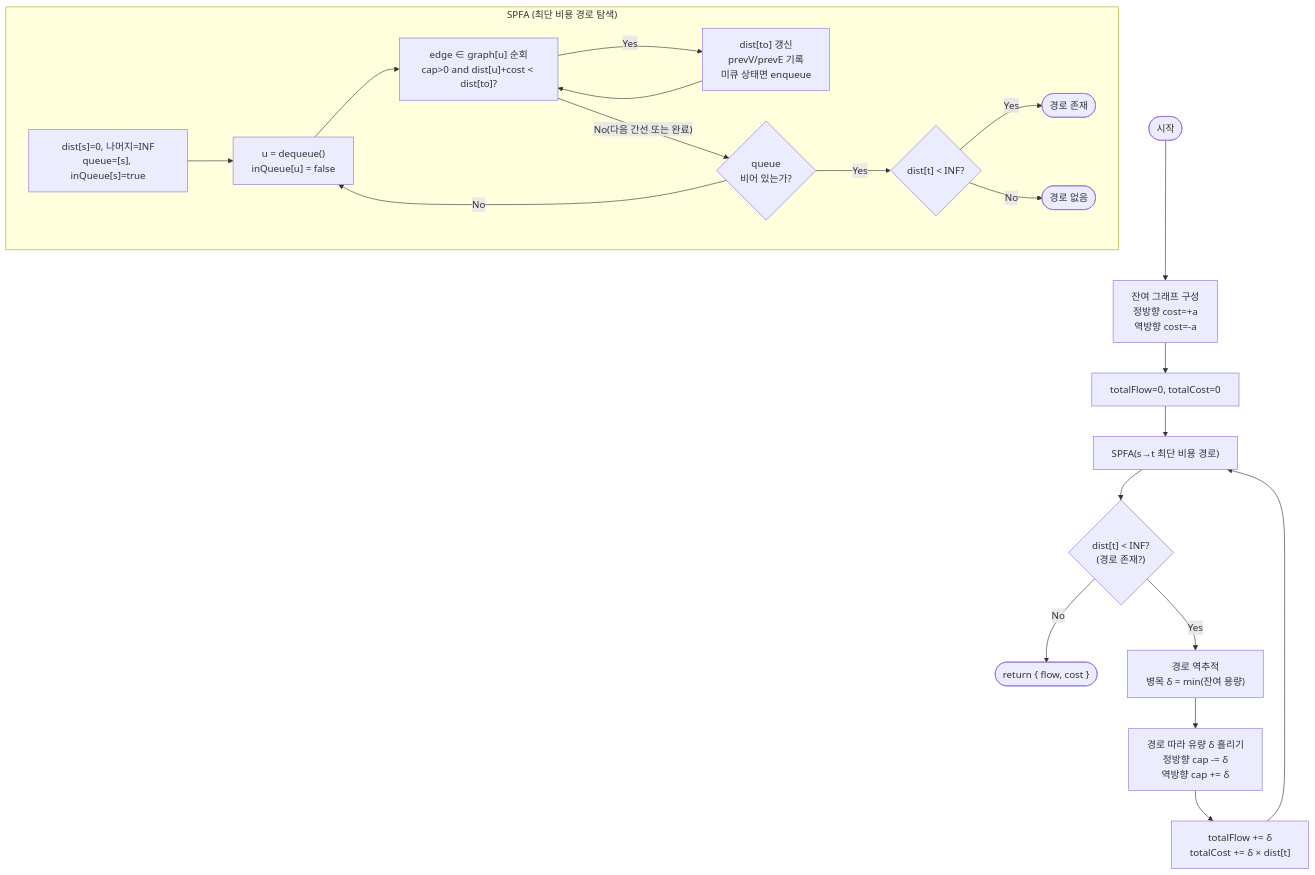
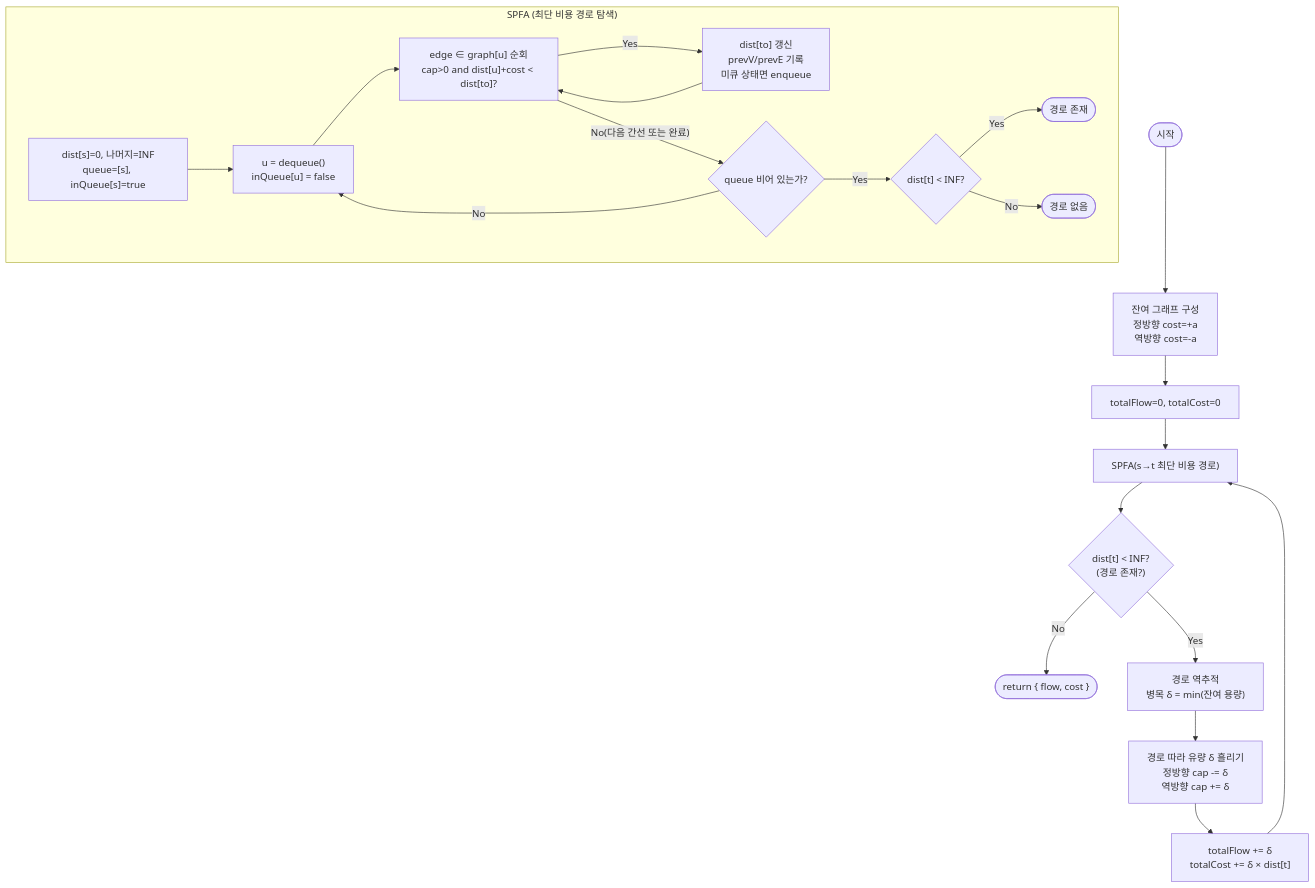
The diagram in src/algorithms/graph-flow/minCostMaxFlow/minCostMaxFlow-guide.mdx (centurio1987/grow-up-programming), drawn with Mermaid before and after one commit. The commit also changed other lines of this file and 21 other files, not shown here.

First line of the commit message:
ORD-004 재생성[graph-flow]: 7종 신규 재집필 승격(v2.0.0, 게이트 PASS)

````diff
--- a/src/algorithms/graph-flow/minCostMaxFlow/minCostMaxFlow-guide.mdx
+++ b/src/algorithms/graph-flow/minCostMaxFlow/minCostMaxFlow-guide.mdx
@@ -354,25 +500,25 @@
 ```mermaid
 flowchart TD
-    A([시작]) --> B["잔여 그래프 구성\n정방향 cost=+a\n역방향 cost=-a"]
+    A([시작]) --> B["잔여 그래프 구성<br/>정방향 cost=+a<br/>역방향 cost=-a"]
     B --> C["totalFlow=0, totalCost=0"]
     C --> D["SPFA(s→t 최단 비용 경로)"]
-    D --> E{"dist[t] < INF?\n(경로 존재?)"}
+    D --> E{"dist[t] < INF?<br/>(경로 존재?)"}
     E -- No --> Z(["return { flow, cost }"])
-    E -- Yes --> F["경로 역추적\n병목 δ = min(잔여 용량)"]
-    F --> G["경로 따라 유량 δ 흘리기\n정방향 cap -= δ\n역방향 cap += δ"]
-    G --> H["totalFlow += δ\ntotalCost += δ × dist[t]"]
+    E -- Yes --> F["경로 역추적<br/>병목 δ = min(잔여 용량)"]
+    F --> G["경로 따라 유량 δ 흘리기<br/>정방향 cap -= δ<br/>역방향 cap += δ"]
+    G --> H["totalFlow += δ<br/>totalCost += δ × dist[t]"]
     H --> D
 
     subgraph SPFA_sub["SPFA (최단 비용 경로 탐색)"]
-        S1["dist[s]=0, 나머지=INF\nqueue=[s], inQueue[s]=true"]
-        S1 --> S2["u = dequeue()\ninQueue[u] = false"]
-        S2 --> S3["edge ∈ graph[u] 순회\ncap>0 and dist[u]+cost < dist[to]?"]
-        S3 -- Yes --> S4["dist[to] 갱신\nprevV/prevE 기록\n미큐 상태면 enqueue"]
+        S1["dist[s]=0, 나머지=INF<br/>queue=[s], inQueue[s]=true"]
+        S1 --> S2["u = dequeue()<br/>inQueue[u] = false"]
+        S2 --> S3["edge ∈ graph[u] 순회<br/>cap>0 and dist[u]+cost < dist[to]?"]
+        S3 -- Yes --> S4["dist[to] 갱신<br/>prevV/prevE 기록<br/>미큐 상태면 enqueue"]
         S4 --> S3
-        S3 -- "No(다음 간선 또는 완료)" --> S5{queue\n비어 있는가?}
+        S3 -- "No(다음 간선 또는 완료)" --> S5{"queue 비어 있는가?"}
         S5 -- No --> S2
         S5 -- Yes --> S6{"dist[t] < INF?"}
         S6 -- Yes --> S7(["경로 존재"])
         S6 -- No --> S8(["경로 없음"])
     end
 ```
````
